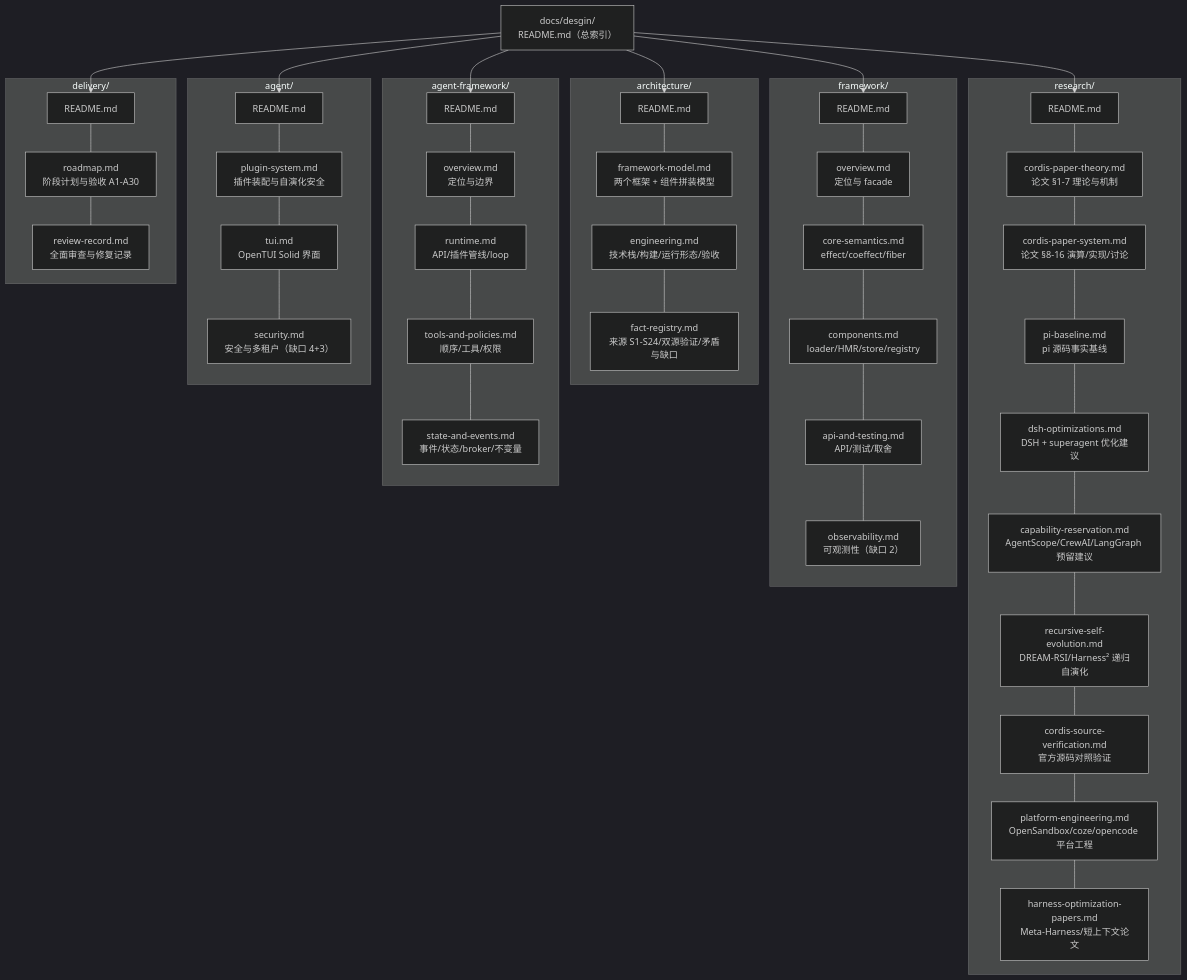
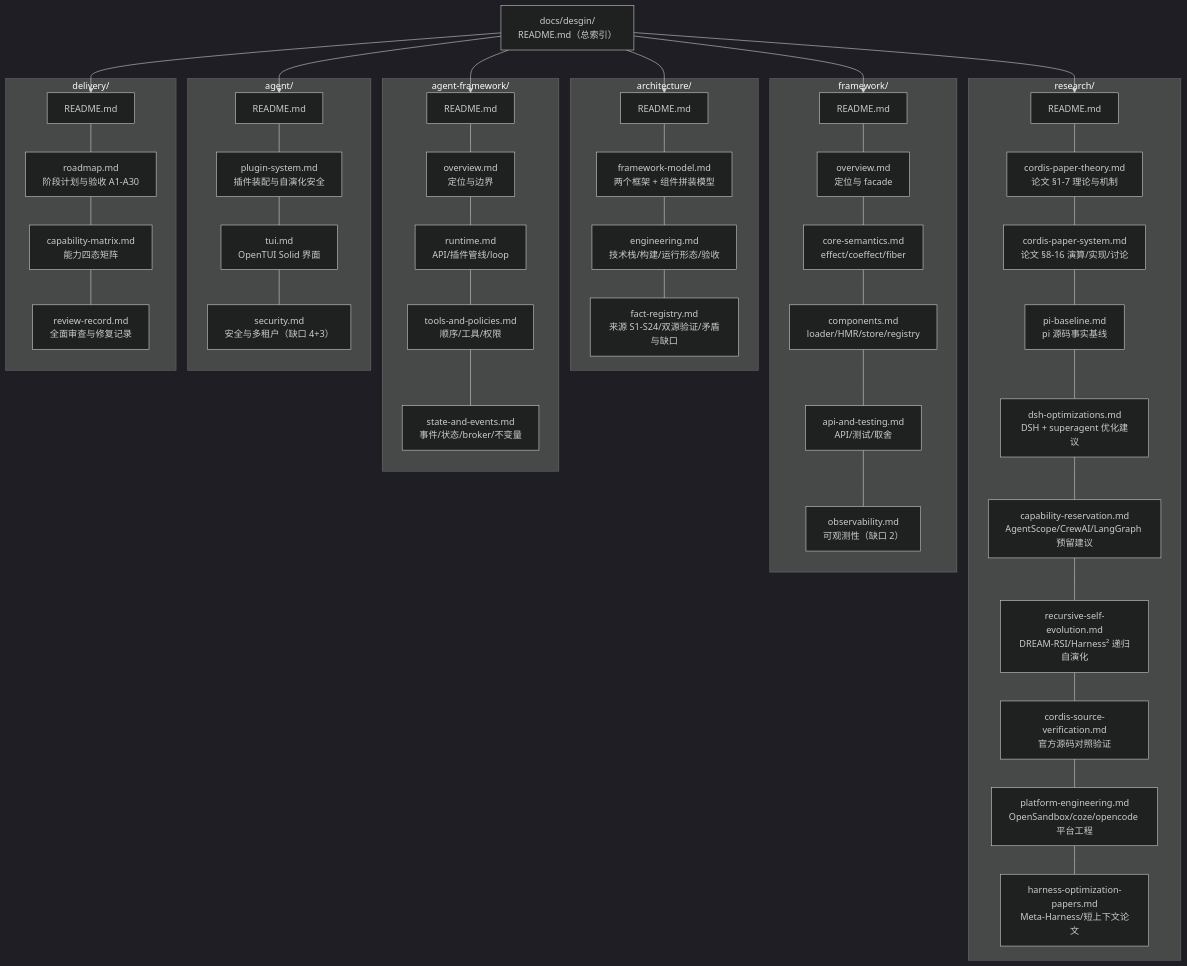
The first of 2 diagrams in docs/desgin/README.md (jesspig/zeta-agent), drawn with Mermaid (dark theme) before and after one commit. The commit also changed other lines of this file and 13 other files, not shown here.

````diff
--- a/docs/desgin/README.md
+++ b/docs/desgin/README.md
@@ -19,43 +19,44 @@
 ```mermaid
 flowchart TB
     ROOT["docs/desgin/<br/>README.md（总索引）"]
     subgraph R["research/"]
         R0["README.md"] --- R1["cordis-paper-theory.md<br/>论文 §1-7 理论与机制"]
         R1 --- R2["cordis-paper-system.md<br/>论文 §8-16 演算/实现/讨论"]
         R2 --- R3["pi-baseline.md<br/>pi 源码事实基线"]
         R3 --- R4["dsh-optimizations.md<br/>DSH + superagent 优化建议"]
         R4 --- R5["capability-reservation.md<br/>AgentScope/CrewAI/LangGraph 预留建议"]
         R5 --- R6["recursive-self-evolution.md<br/>DREAM-RSI/Harness² 递归自演化"]
         R6 --- R7["cordis-source-verification.md<br/>官方源码对照验证"]
         R7 --- R8["platform-engineering.md<br/>OpenSandbox/coze/opencode 平台工程"]
         R8 --- R9["harness-optimization-papers.md<br/>Meta-Harness/短上下文论文"]
     end
     subgraph A["architecture/"]
         A0["README.md"] --- A1["framework-model.md<br/>两个框架 + 组件拼装模型"]
         A1 --- A2["engineering.md<br/>技术栈/构建/运行形态/验收"]
         A2 --- A3["fact-registry.md<br/>来源 S1-S24/双源验证/矛盾与缺口"]
     end
     subgraph F["framework/"]
         F0["README.md"] --- F1["overview.md<br/>定位与 facade"]
         F1 --- F2["core-semantics.md<br/>effect/coeffect/fiber"]
         F2 --- F3["components.md<br/>loader/HMR/store/registry"]
         F3 --- F4["api-and-testing.md<br/>API/测试/取舍"]
         F4 --- F5["observability.md<br/>可观测性（缺口 2）"]
     end
     subgraph AF["agent-framework/"]
         AF0["README.md"] --- AF1["overview.md<br/>定位与边界"]
         AF1 --- AF2["runtime.md<br/>API/插件管线/loop"]
         AF2 --- AF3["tools-and-policies.md<br/>顺序/工具/权限"]
         AF3 --- AF4["state-and-events.md<br/>事件/状态/broker/不变量"]
     end
     subgraph AG["agent/"]
         AG0["README.md"] --- AG1["plugin-system.md<br/>插件装配与自演化安全"]
         AG1 --- AG2["tui.md<br/>OpenTUI Solid 界面"]
         AG2 --- AG3["security.md<br/>安全与多租户（缺口 4+3）"]
     end
     subgraph D["delivery/"]
         D0["README.md"] --- D1["roadmap.md<br/>阶段计划与验收 A1-A30"]
-        D1 --- D2["review-record.md<br/>全面审查与修复记录"]
+        D1 --- D2["capability-matrix.md<br/>能力四态矩阵"]
+        D2 --- D3["review-record.md<br/>全面审查与修复记录"]
     end
     ROOT --> R0 & A0 & F0 & AF0 & AG0 & D0
 ```
````
